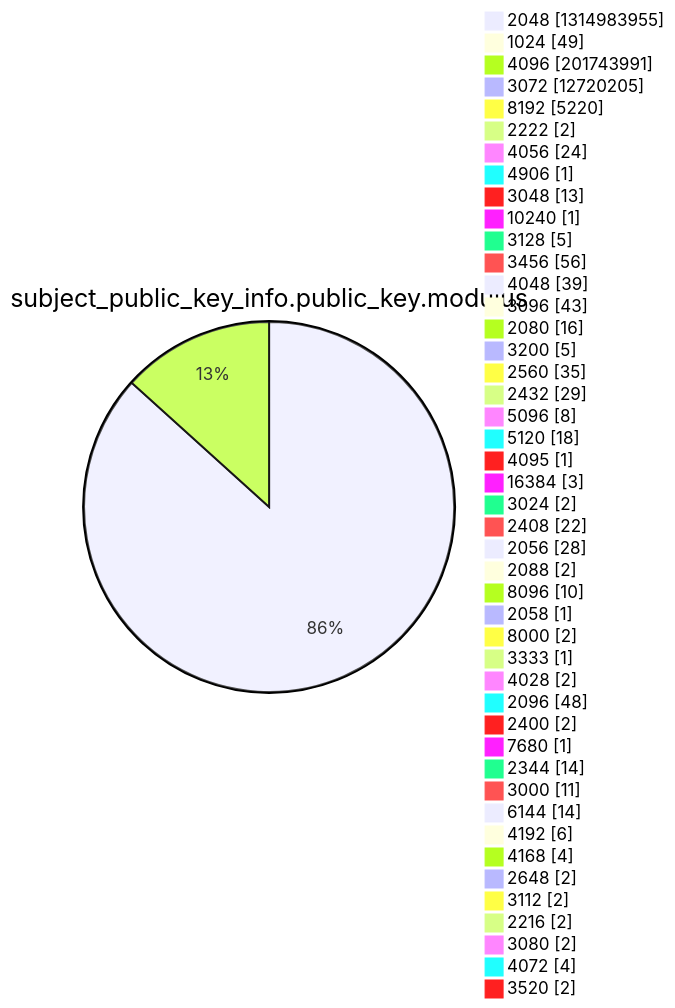
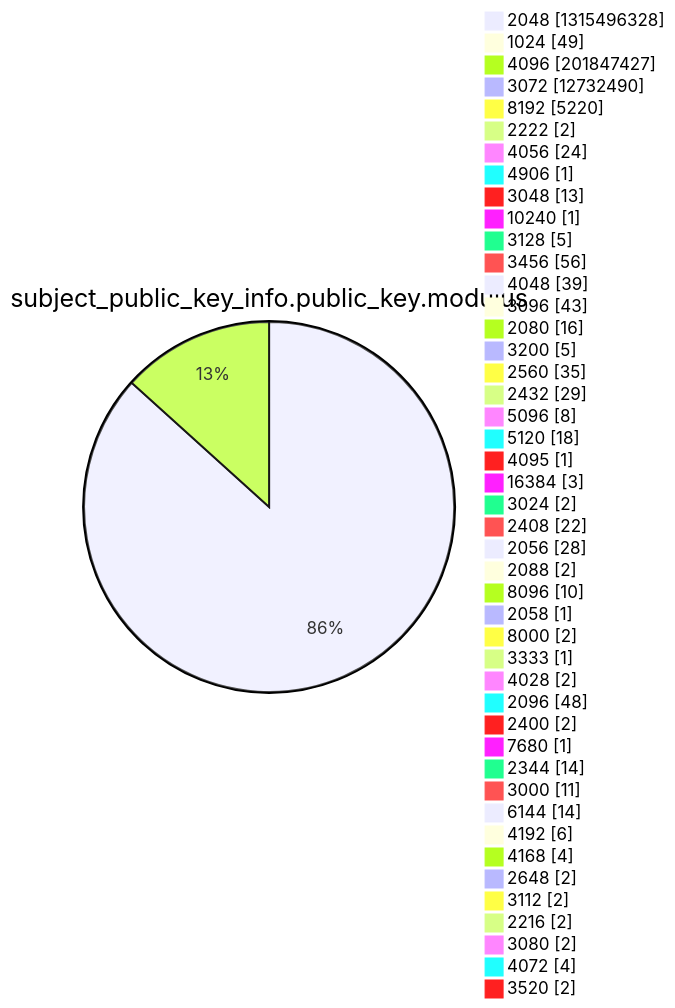
One commit to christiankrug/ctmonitor_visualization changed diagram 13 of 15 in xenon2022/README.md. Above: the diagram before and after it, drawn with Mermaid. The commit also changed other lines of this file, not shown here.

````diff
--- a/xenon2022/README.md
+++ b/xenon2022/README.md
@@ -3924,49 +3924,49 @@
 ```mermaid
 pie showData
 title subject_public_key_info.public_key.modulus
-"2048" :1314983955
+"2048" :1315496328
 "1024" :49
-"4096" :201743991
-"3072" :12720205
+"4096" :201847427
+"3072" :12732490
 "8192" :5220
 "2222" :2
 "4056" :24
 "4906" :1
 "3048" :13
 "10240" :1
 "3128" :5
 "3456" :56
 "4048" :39
 "3096" :43
 "2080" :16
 "3200" :5
 "2560" :35
 "2432" :29
 "5096" :8
 "5120" :18
 "4095" :1
 "16384" :3
 "3024" :2
 "2408" :22
 "2056" :28
 "2088" :2
 "8096" :10
 "2058" :1
 "8000" :2
 "3333" :1
 "4028" :2
 "2096" :48
 "2400" :2
 "7680" :1
 "2344" :14
 "3000" :11
 "6144" :14
 "4192" :6
 "4168" :4
 "2648" :2
 "3112" :2
 "2216" :2
 "3080" :2
 "4072" :4
 "3520" :2
 ```
````
